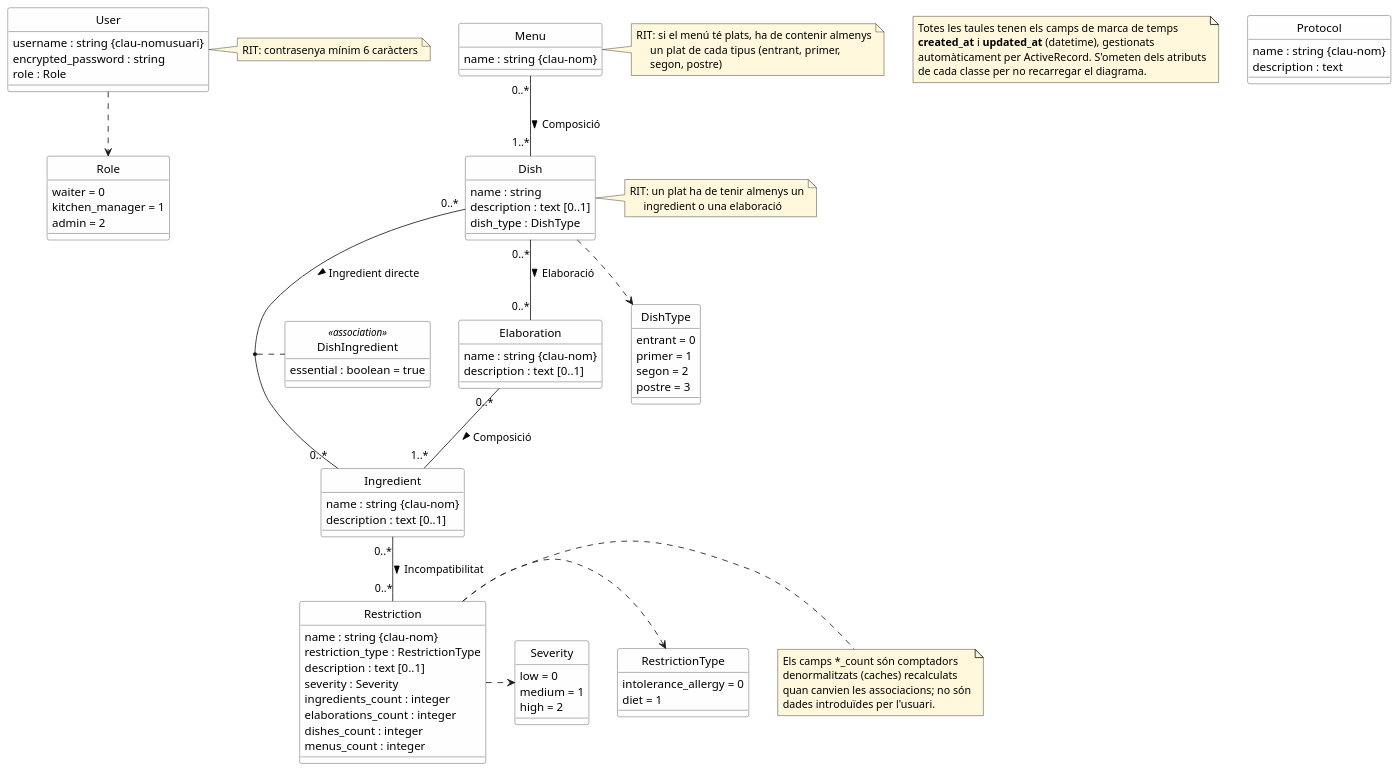
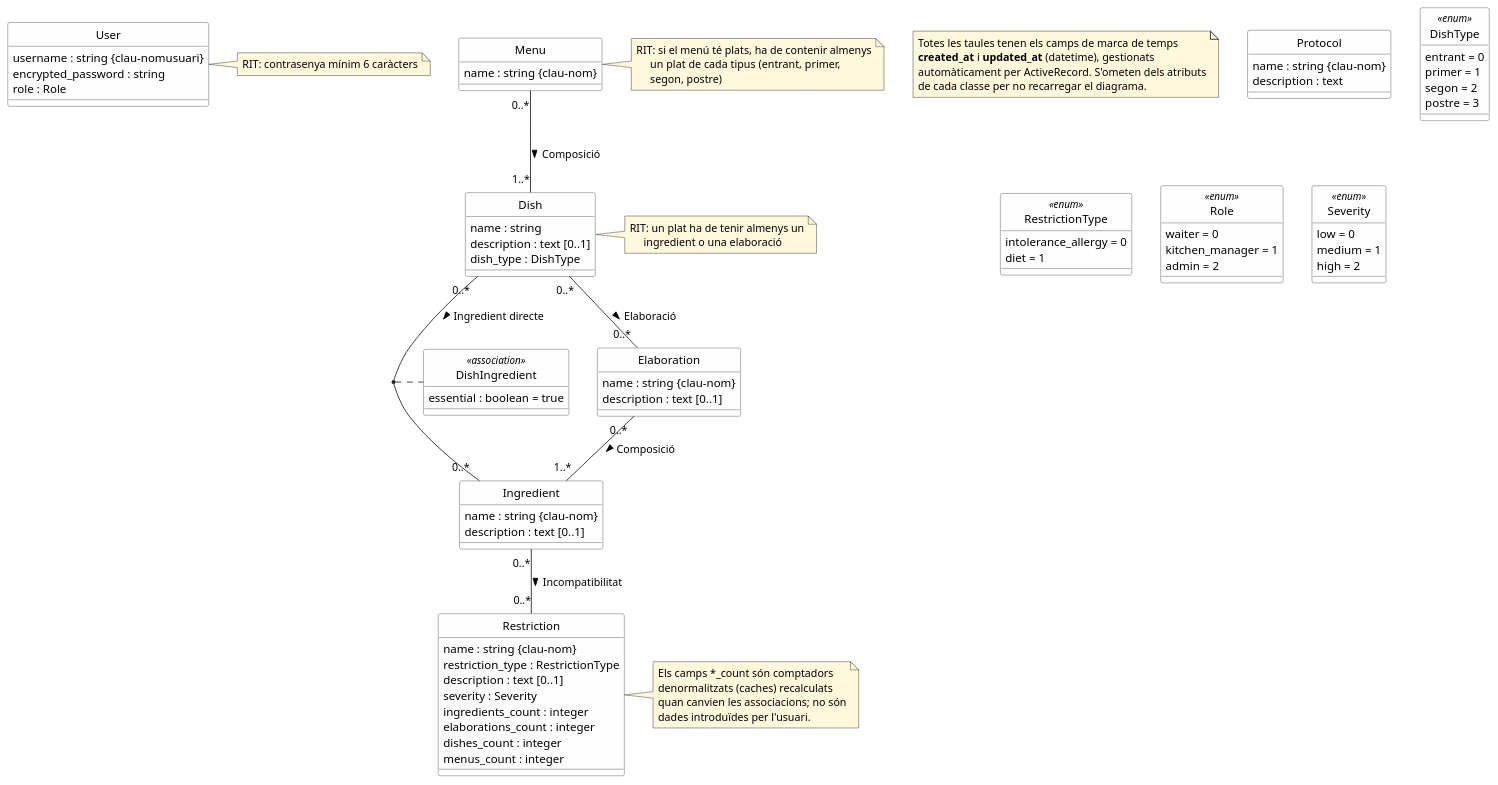
One commit to Magi-gb/Serf-APP changed the diagram in doc/architecture/uml-class-diagram.puml. Above: the diagram before and after it, drawn with PlantUML.

Commit message:
Last changes to class diagram

```diff
--- a/doc/architecture/uml-class-diagram.puml
+++ b/doc/architecture/uml-class-diagram.puml
@@ -1,145 +1,140 @@
 @startuml Serf - Diagrama de classes
 
 ' Generat a partir de db/schema.rb (versió 2026_06_01_101457)
 ' Convencions:
 '   {id}         -> clau primària (a la dreta del tipus)
 '   {clau-xxx}   -> restricció UNIQUE (a la dreta del tipus)
 '   [0..1]       -> atribut opcional (a la dreta del tipus).
 '                   Tot atribut sense aquesta marca s'assumeix obligatori.
 '   RIT          -> Restricció d'Integritat Textual
 
 skinparam classAttributeIconSize 0
 skinparam classBackgroundColor #FEFEFE
 skinparam classBorderColor #444444
 skinparam noteBackgroundColor #FFF8DC
 hide circle
 
 ' ===========================================================================
 ' ENTITATS
 ' ===========================================================================
 
 note as TimestampsNote
   Totes les taules tenen els camps de marca de temps
   **created_at** i **updated_at** (datetime), gestionats
   automàticament per ActiveRecord. S'ometen dels atributs
   de cada classe per no recarregar el diagrama.
 end note
 
 class User {
   username : string {clau-nomusuari}
   encrypted_password : string
   role : Role
 }
 note right of User
   RIT: contrasenya mínim 6 caràcters
 end note
 
 class Menu {
   name : string {clau-nom}
 }
 note right of Menu
   RIT: si el menú té plats, ha de contenir almenys
        un plat de cada tipus (entrant, primer,
        segon, postre)
 end note
 
 class Dish {
   name : string
   description : text [0..1]
   dish_type : DishType
 }
 note right of Dish
   RIT: un plat ha de tenir almenys un
        ingredient o una elaboració
 end note
 
 class Elaboration {
   name : string {clau-nom}
   description : text [0..1]
 }
 
 class Ingredient {
   name : string {clau-nom}
   description : text [0..1]
 }
 
 class Restriction {
   name : string {clau-nom}
   restriction_type : RestrictionType
   description : text [0..1]
   severity : Severity
   ingredients_count : integer
   elaborations_count : integer
   dishes_count : integer
   menus_count : integer
 }
 note right of Restriction
   Els camps *_count són comptadors
   denormalitzats (caches) recalculats
   quan canvien les associacions; no són
   dades introduïdes per l'usuari.
 end note
 
 class Protocol {
   name : string {clau-nom}
   description : text
 }
 
 ' ===========================================================================
 ' ENUMERACIONS
 ' ===========================================================================
 ' A nivell de BD es desen com enters; aquí es modelen com a tipus
 ' enumerats per fer explícits els valors permesos. La correspondència
 ' enter ↔ símbol és la mateixa que defineixen els `enum` d'ActiveRecord.
 
-enum Role {
-  waiter = 0
-  kitchen_manager = 1
-  admin = 2
-}
-
-enum DishType {
+enum DishType <<enum>> {
   entrant = 0
   primer = 1
   segon = 2
   postre = 3
 }
 
-enum RestrictionType {
+enum RestrictionType <<enum>> {
   intolerance_allergy = 0
   diet = 1
 }
 
-enum Severity {
+enum Role <<enum>> {
+  waiter = 0
+  kitchen_manager = 1
+  admin = 2
+}
+
+enum Severity <<enum>> {
   low = 0
   medium = 1
   high = 2
 }
-
-User ..> Role
-Dish ..> DishType
-Restriction .right.> RestrictionType
-Restriction .right.> Severity
 
 ' ===========================================================================
 ' ASSOCIACIONS N..N (nom en català + cardinalitats)
 ' ===========================================================================
 
 Menu "0..*" -- "1..*" Dish : Composició >
 
 ' Un plat es construeix amb ingredients directes i/o elaboracions.
 Dish "0..*" -- "0..*" Ingredient : Ingredient directe >
 Dish "0..*" -- "0..*" Elaboration : Elaboració >
 
 ' L'atribut `essential` distingeix els ingredients bloquejants dels
 ' substituïbles dins d'un plat: és la regla de domini clau del sistema.
 class DishIngredient <<association>> {
   essential : boolean = true
 }
 (Dish, Ingredient) .. DishIngredient
 
 Elaboration "0..*" -- "1..*" Ingredient : Composició >
 
 Ingredient "0..*" -- "0..*" Restriction : Incompatibilitat >
 
 @enduml
```
